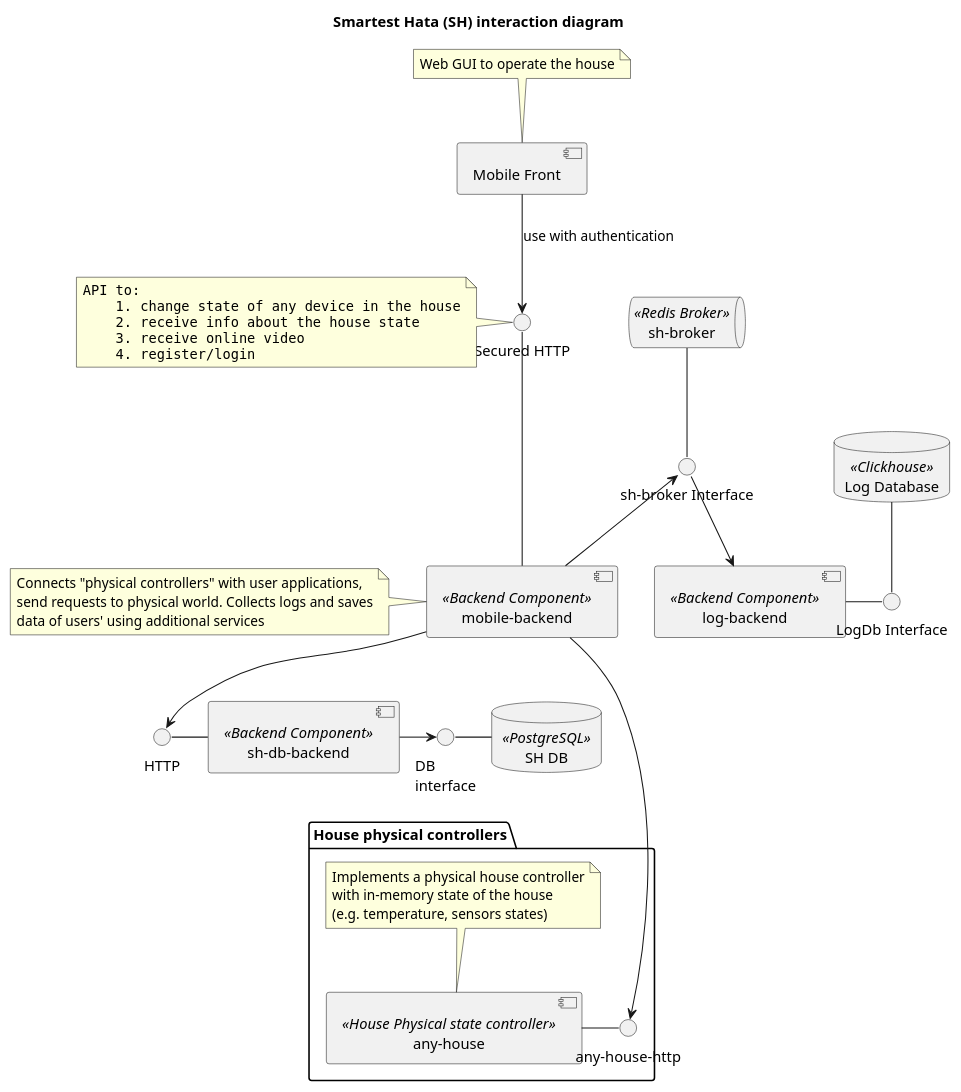
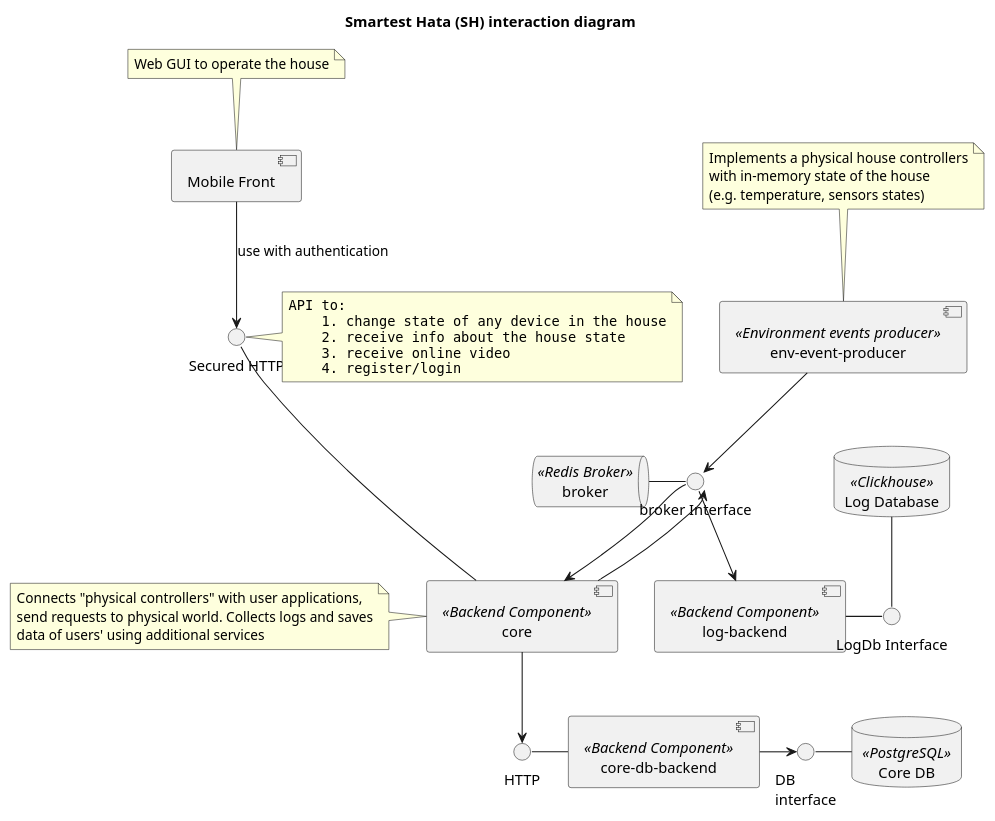
One commit to Busygind/smartest-dacha-macho-hata-house changed the diagram in system-sequence-diagram.puml. Above: the diagram before and after it, drawn with PlantUML. The commit also changed 55 other files, not shown here.

Commit message:
add log-collector component with endpoint to save to clickhouse

```diff
--- a/system-sequence-diagram.puml
+++ b/system-sequence-diagram.puml
@@ -1,76 +1,73 @@
 @startuml
 title "Smartest Hata (SH) interaction diagram"
 
 
-component [mobile-backend] as MobileBackend <<Backend Component>>
+component [core] as Core <<Backend Component>>
 note left
 Connects "physical controllers" with user applications,
 send requests to physical world. Collects logs and saves
 data of users' using additional services
 end note
 
 
 interface "Secured HTTP" as SecuredMobileBackendHttpInterface
 note left
 <code>
 API to:
     1. change state of any device in the house
     2. receive info about the house state
     3. receive online video
     4. register/login
 </code>
 end note
 
-SecuredMobileBackendHttpInterface --- MobileBackend
+SecuredMobileBackendHttpInterface --- Core
 
 database "Log Database" as LogDB <<Clickhouse>>
 interface "LogDb Interface" as LogDbInterface
 LogDB -- LogDbInterface
 
 component [log-backend] as LogBackend <<Backend Component>> {
 
 }
 LogBackend - LogDbInterface
 
-queue "sh-broker" as SHBroker <<Redis Broker>>
-interface "sh-broker Interface" as SHBrokerInterface
+queue "broker" as SHBroker <<Redis Broker>>
+interface "broker Interface" as BrokerInterface
 
-SHBroker -- SHBrokerInterface
+SHBroker - BrokerInterface
 
-SHBrokerInterface <-- MobileBackend
-SHBrokerInterface --> LogBackend
+BrokerInterface <-- Core
+BrokerInterface --> LogBackend
 
-database "SH DB" as SHDB <<PostgreSQL>>
+database "Core DB" as SHDB <<PostgreSQL>>
 interface "DB\ninterface" as SHDBInterface
 SHDBInterface - SHDB
 
-component [sh-db-backend] as DbBackend <<Backend Component>> {
+component [core-db-backend] as CoreDb <<Backend Component>> {
 
 }
-DbBackend -> SHDBInterface
+CoreDb -> SHDBInterface
 interface "HTTP" as DbBackendHttpInterface
-DbBackendHttpInterface - DbBackend
-MobileBackend --> DbBackendHttpInterface
+DbBackendHttpInterface - CoreDb
+Core --> DbBackendHttpInterface
 
-package "House physical controllers" {
-    component [any-house] as anyHouse <<House Physical state controller>>
-    note top
-    Implements a physical house controller
-    with in-memory state of the house
-    (e.g. temperature, sensors states)
-    end note
-    interface "any-house-http" as anyHouseHttp
-    anyHouse - anyHouseHttp
-}
+component [env-event-producer] as envEventProducer <<Environment events producer>>
+note top
+Implements a physical house controllers
+with in-memory state of the house
+(e.g. temperature, sensors states)
+end note
 
 
-MobileBackend ----> anyHouseHttp
+envEventProducer --> BrokerInterface
+BrokerInterface -> Core
 
 component "Mobile Front" as mobileFront
 note top
 Web GUI to operate the house
 end note
 
 mobileFront --> SecuredMobileBackendHttpInterface : use with authentication
 
 @enduml
```
